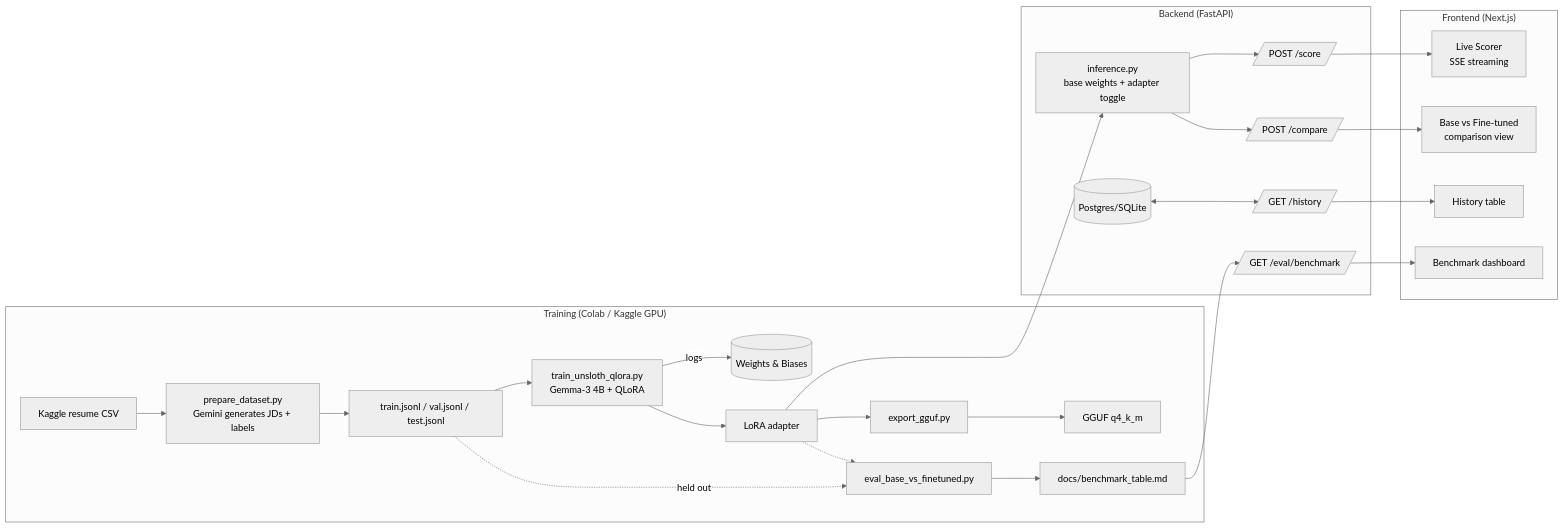
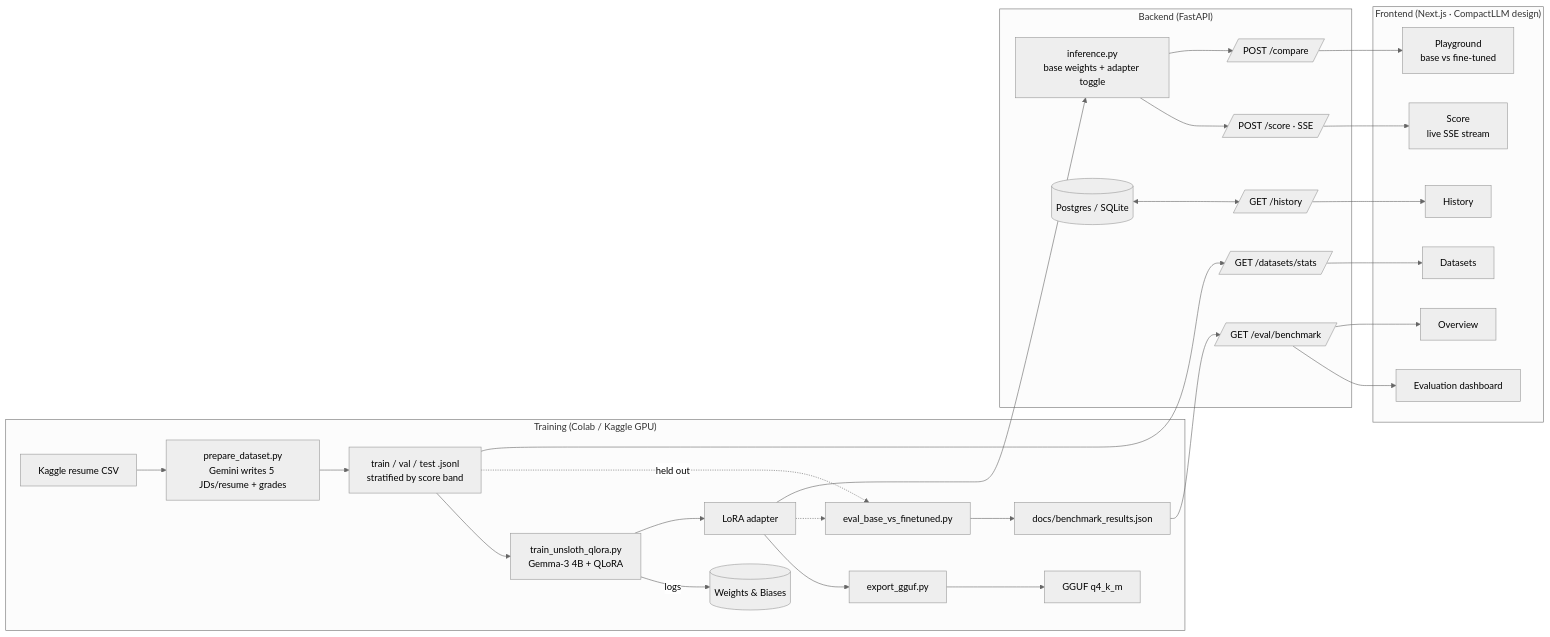
Before and after one commit to aayush-arya/compact-llm: the diagram in README.md, drawn with Mermaid (neutral theme). The commit also changed other lines of this file, not shown here.

First line of the commit message:
Update README for the CompactLLM UI and deploy flow

````diff
--- a/README.md
+++ b/README.md
@@ -34,29 +34,32 @@
 ```mermaid
 flowchart LR
     subgraph Training["Training (Colab / Kaggle GPU)"]
-        A[Kaggle resume CSV] --> B[prepare_dataset.py<br/>Gemini generates JDs + labels]
-        B --> C[train.jsonl / val.jsonl / test.jsonl]
+        A[Kaggle resume CSV] --> B[prepare_dataset.py<br/>Gemini writes 5 JDs/resume + grades]
+        B --> C[train / val / test .jsonl<br/>stratified by score band]
         C --> D[train_unsloth_qlora.py<br/>Gemma-3 4B + QLoRA]
         D -->|logs| WANDB[(Weights & Biases)]
         D --> E[LoRA adapter]
         E --> F[export_gguf.py] --> G[GGUF q4_k_m]
         C -.held out.-> H[eval_base_vs_finetuned.py]
         E -.-> H
-        H --> I[docs/benchmark_table.md]
+        H --> I[docs/benchmark_results.json]
     end
 
     subgraph Serving["Backend (FastAPI)"]
         E --> J[inference.py<br/>base weights + adapter toggle]
-        J --> K[/POST /score/]
+        J --> K[/POST /score · SSE/]
         J --> L[/POST /compare/]
-        M[(Postgres/SQLite)] <--> N[/GET /history/]
+        M[(Postgres / SQLite)] <--> N[/GET /history/]
         I --> O[/GET /eval/benchmark/]
+        C --> DS[/GET /datasets/stats/]
     end
 
-    subgraph Frontend["Frontend (Next.js)"]
-        K --> P[Live Scorer<br/>SSE streaming]
-        L --> Q[Base vs Fine-tuned<br/>comparison view]
-        N --> R[History table]
-        O --> S[Benchmark dashboard]
+    subgraph Frontend["Frontend (Next.js · CompactLLM design)"]
+        K --> P[Score<br/>live SSE stream]
+        L --> Q[Playground<br/>base vs fine-tuned]
+        O --> S[Evaluation dashboard]
+        DS --> T[Datasets]
+        N --> R[History]
+        O --> OV[Overview]
     end
 ```
````
